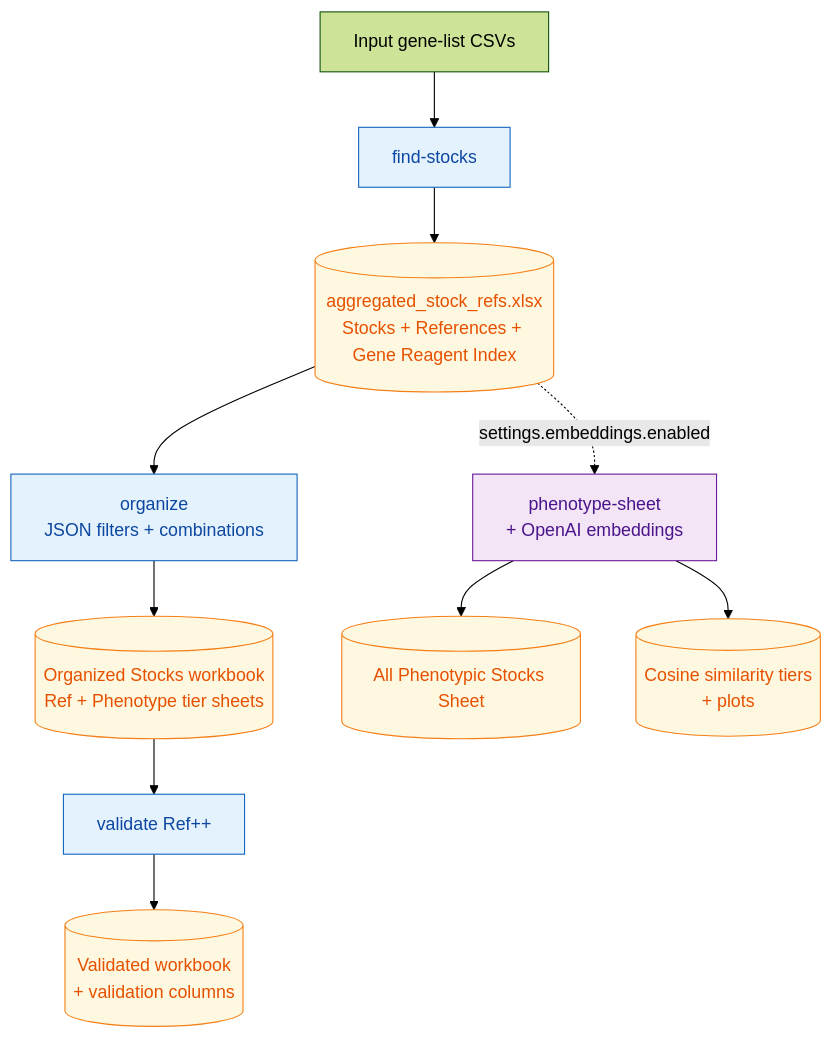
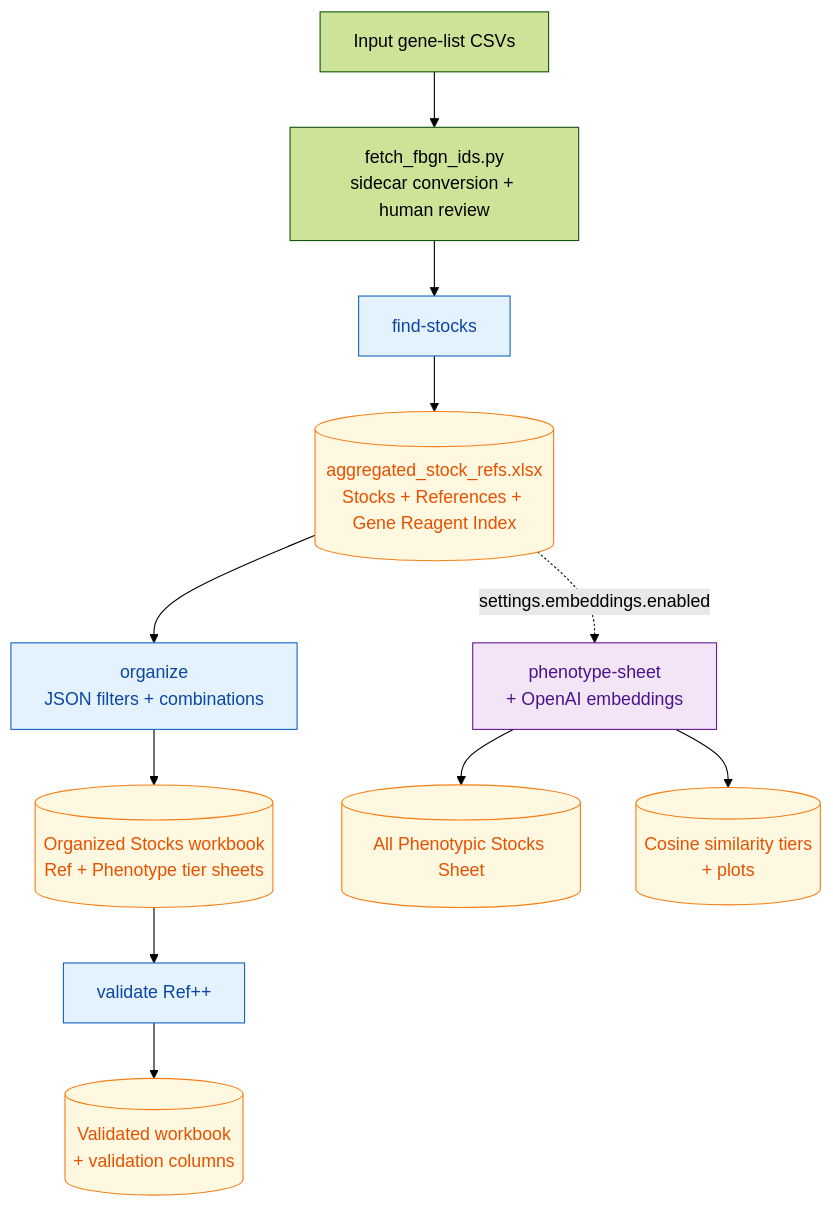
One commit to aadish98/fl.AI-reagent-stocker changed the second of 3 diagrams in docs/pipeline_flowcharts.md. Above: the diagram before and after it, drawn with Mermaid (forest theme). The commit also changed other lines of this file and 17 other files, not shown here.

First line of the commit message:
Stop overwriting gene lists; require human FBgn review before stocker runs.

````diff
--- a/docs/pipeline_flowcharts.md
+++ b/docs/pipeline_flowcharts.md
@@ -125,21 +125,22 @@
 ```mermaid
 flowchart TD
-    A[Input gene-list CSVs] --> S1[find-stocks]
+    A[Input gene-list CSVs] --> ID[fetch_fbgn_ids.py<br/>sidecar conversion + human review]
+    ID --> S1[find-stocks]
     S1 --> O1[(aggregated_stock_refs.xlsx<br/>Stocks + References + Gene Reagent Index)]
 
     O1 --> S2[organize<br/>JSON filters + combinations]
     S2 --> O2[(Organized Stocks workbook<br/>Ref + Phenotype tier sheets)]
     O2 --> S3[validate Ref++]
     S3 --> O3[(Validated workbook<br/>+ validation columns)]
 
     O1 -. "settings.embeddings.enabled" .-> PS[phenotype-sheet<br/>+ OpenAI embeddings]
     PS --> P1[(All Phenotypic Stocks Sheet)]
     PS --> P2[(Cosine similarity tiers<br/>+ plots)]
 
     classDef stage fill:#e3f2fd,stroke:#1565c0,color:#0d47a1
     classDef artifact fill:#fff8e1,stroke:#f57f17,color:#e65100
     classDef pheno fill:#f3e5f5,stroke:#6a1b9a,color:#4a148c
     class S1,S2,S3 stage
     class PS pheno
     class O1,O2,O3,P1,P2 artifact
 ```
````
